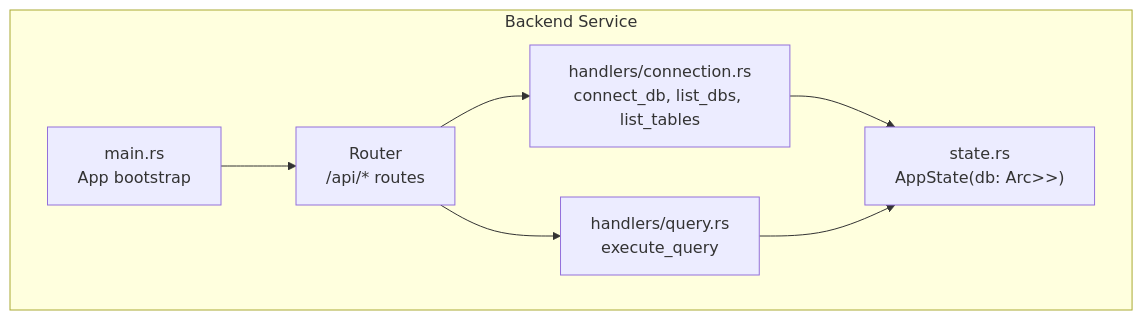
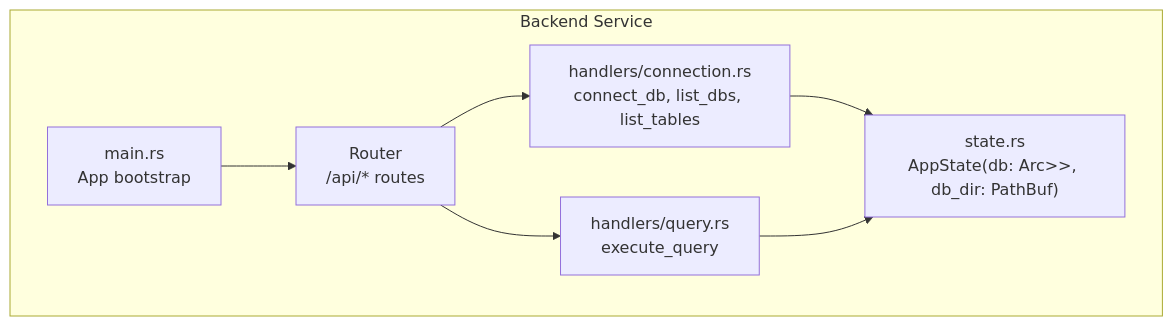
Before and after one commit to sutanto1010/crablite: the first of 7 diagrams in .qoder/repowiki/en/content/Backend Development/State Management & Database Connection Pooling.md, drawn with Mermaid. The commit also changed other lines of this file and 47 other files, not shown here.

````diff
--- a/.qoder/repowiki/en/content/Backend Development/State Management & Database Connection Pooling.md
+++ b/.qoder/repowiki/en/content/Backend Development/State Management & Database Connection Pooling.md
@@ -34,10 +43,10 @@
 ```mermaid
 graph TB
 subgraph "Backend Service"
 A["main.rs<br/>App bootstrap"] --> B["Router<br/>/api/* routes"]
 B --> C["handlers/connection.rs<br/>connect_db, list_dbs, list_tables"]
 B --> D["handlers/query.rs<br/>execute_query"]
-C --> E["state.rs<br/>AppState(db: Arc<RwLock<Option<SqlitePool>>>)"]
+C --> E["state.rs<br/>AppState(db: Arc<RwLock<Option<SqlitePool>>>, db_dir: PathBuf)"]
 D --> E
 end
 ```
````
